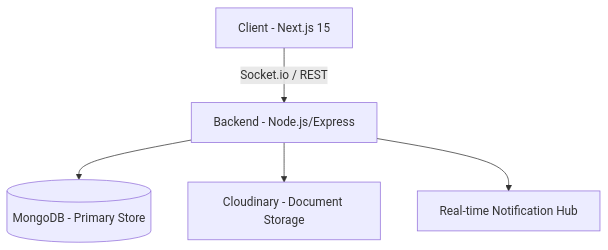
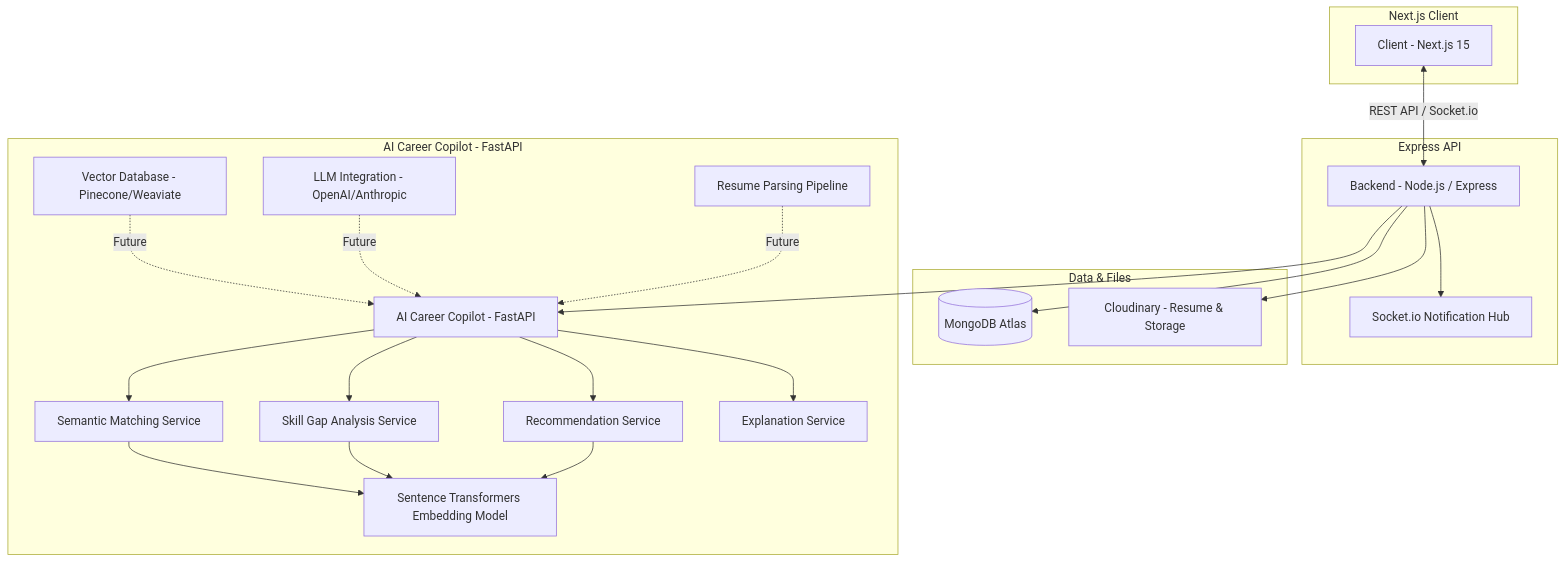
The diagram in README.md (tendocalvin1/RemoteFlex), drawn with Mermaid before and after one commit. The commit also changed other lines of this file and 1 other file, not shown here.

````diff
--- a/README.md
+++ b/README.md
@@ -28,7 +27,44 @@
 ```mermaid
 graph TD
-    A[Client - Next.js 15] -->|Socket.io / REST| B[Backend - Node.js/Express]
-    B --> C[(MongoDB - Primary Store)]
-    B --> D[Cloudinary - Document Storage]
-    B --> E[Real-time Notification Hub]
+    subgraph Frontend [Next.js Client]
+        A[Client - Next.js 15]
+    end
+
+    subgraph Backend [Express API]
+        B[Backend - Node.js / Express]
+        G[Socket.io Notification Hub]
+    end
+
+    subgraph Storage [Data & Files]
+        C[(MongoDB Atlas)]
+        D[Cloudinary - Resume & Storage]
+    end
+
+    subgraph AI_Engine [AI Career Copilot - FastAPI]
+        E[AI Career Copilot - FastAPI]
+        F[Semantic Matching Service]
+        H[Skill Gap Analysis Service]
+        I[Recommendation Service]
+        J[Explanation Service]
+        K[Sentence Transformers Embedding Model]
+        
+        L[Vector Database - Pinecone/Weaviate] -.->|Future| E
+        M[LLM Integration - OpenAI/Anthropic] -.->|Future| E
+        N[Resume Parsing Pipeline] -.->|Future| E
+    end
+
+    A <-->|REST API / Socket.io| B
+    B --> C
+    B --> D
+    B --> G
+    B --> E
+    
+    E --> J
+    E --> F
+    E --> H
+    E --> I
+    
+    F --> K
+    H --> K
+    I --> K
 ```
````
